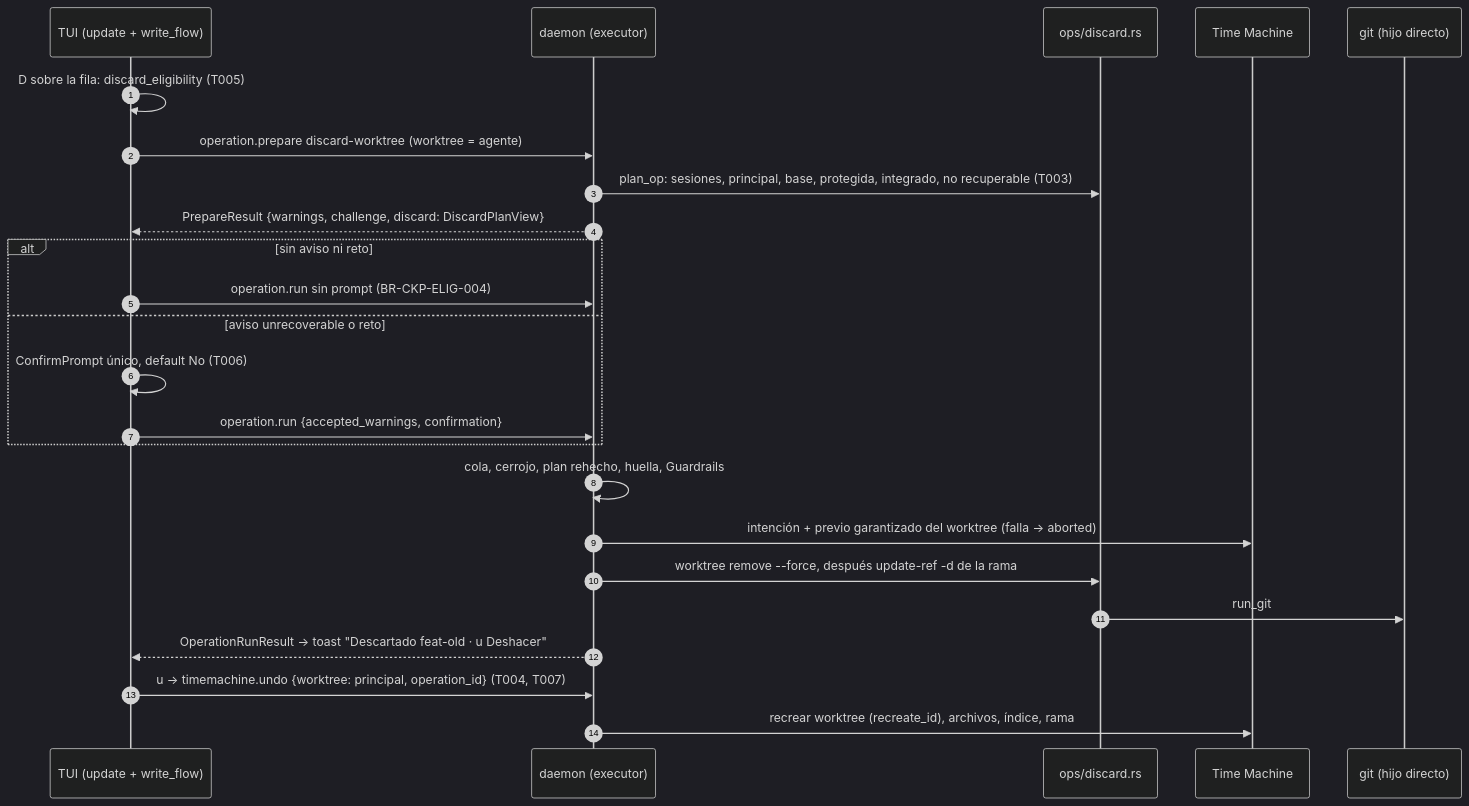
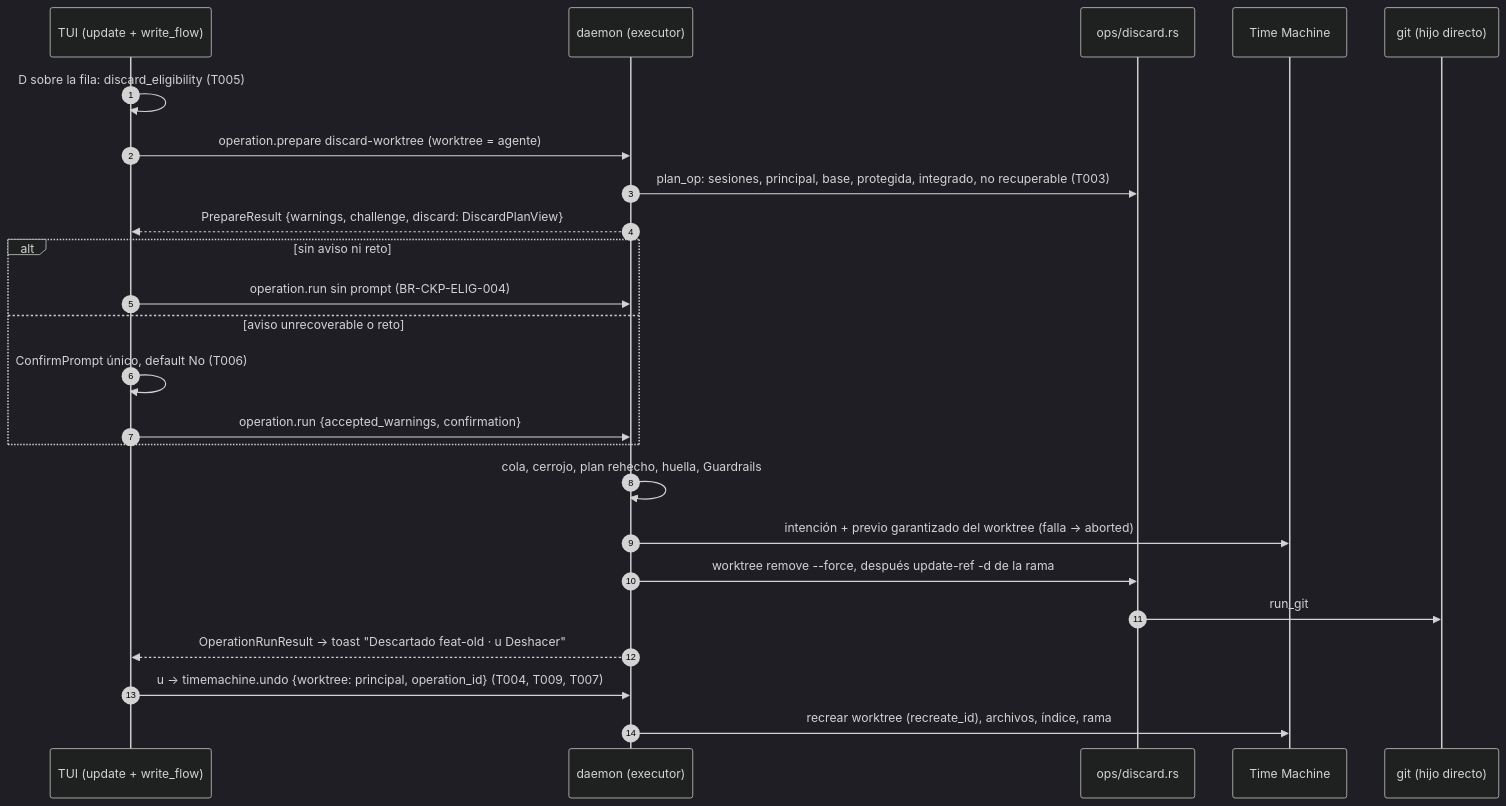
One commit to rbonillajr/gitRaptor changed the diagram in docs/requirements/features/cockpit/dev-specs/US-CKP-017-descartar-worktree.md. Above: the diagram before and after it, drawn with Mermaid (dark theme). The commit also changed other lines of this file and 1 other file, not shown here.

Commit message:
docs(cockpit): apply the architecture and product review to the US-CKP-017 Dev Spec

````diff
--- a/docs/requirements/features/cockpit/dev-specs/US-CKP-017-descartar-worktree.md
+++ b/docs/requirements/features/cockpit/dev-specs/US-CKP-017-descartar-worktree.md
@@ -127,26 +128,26 @@
 ```mermaid
 sequenceDiagram
     autonumber
     participant T as TUI (update + write_flow)
     participant D as daemon (executor)
     participant A as ops/discard.rs
     participant TM as Time Machine
     participant G as git (hijo directo)
     T->>T: D sobre la fila: discard_eligibility (T005)
     T->>D: operation.prepare discard-worktree (worktree = agente)
     D->>A: plan_op: sesiones, principal, base, protegida, integrado, no recuperable (T003)
     D-->>T: PrepareResult {warnings, challenge, discard: DiscardPlanView}
     alt sin aviso ni reto
         T->>D: operation.run sin prompt (BR-CKP-ELIG-004)
     else aviso unrecoverable o reto
         T->>T: ConfirmPrompt único, default No (T006)
         T->>D: operation.run {accepted_warnings, confirmation}
     end
     D->>D: cola, cerrojo, plan rehecho, huella, Guardrails
     D->>TM: intención + previo garantizado del worktree (falla → aborted)
     D->>A: worktree remove --force, después update-ref -d de la rama
     A->>G: run_git
     D-->>T: OperationRunResult → toast "Descartado feat-old · u Deshacer"
-    T->>D: u → timemachine.undo {worktree: principal, operation_id} (T004, T007)
+    T->>D: u → timemachine.undo {worktree: principal, operation_id} (T004, T009, T007)
     D->>TM: recrear worktree (recreate_id), archivos, índice, rama
 ```
````
